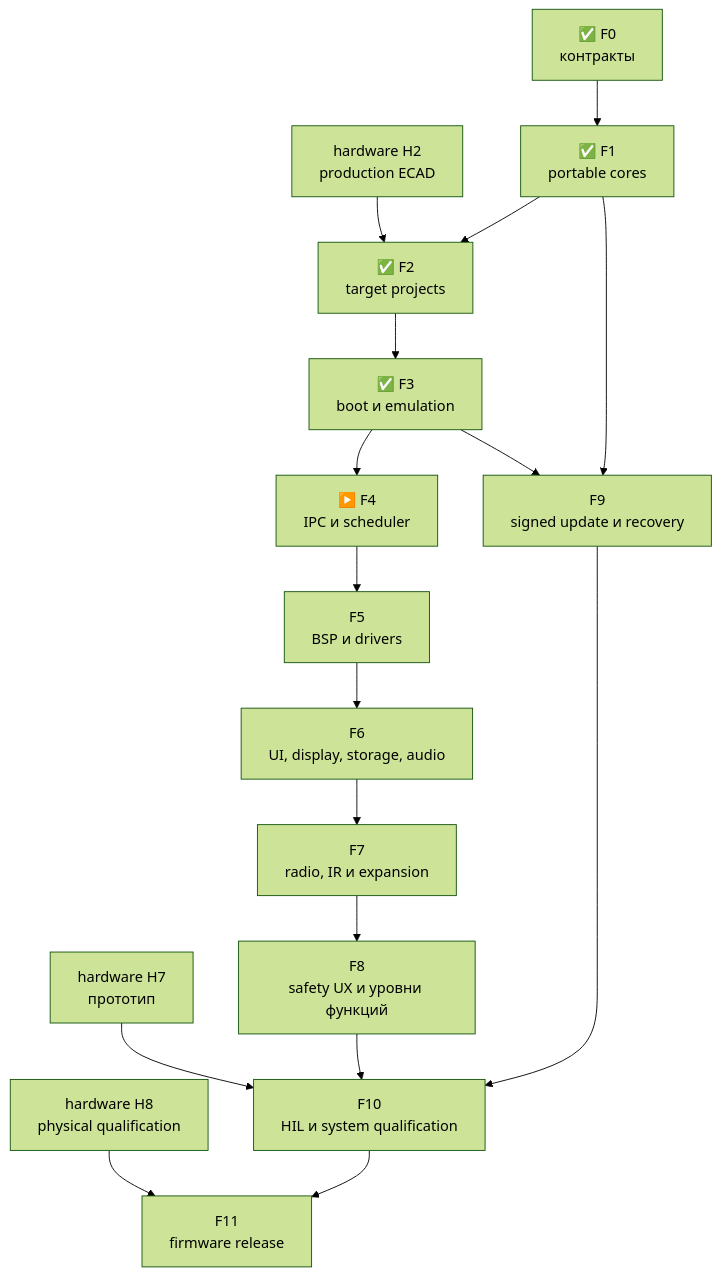
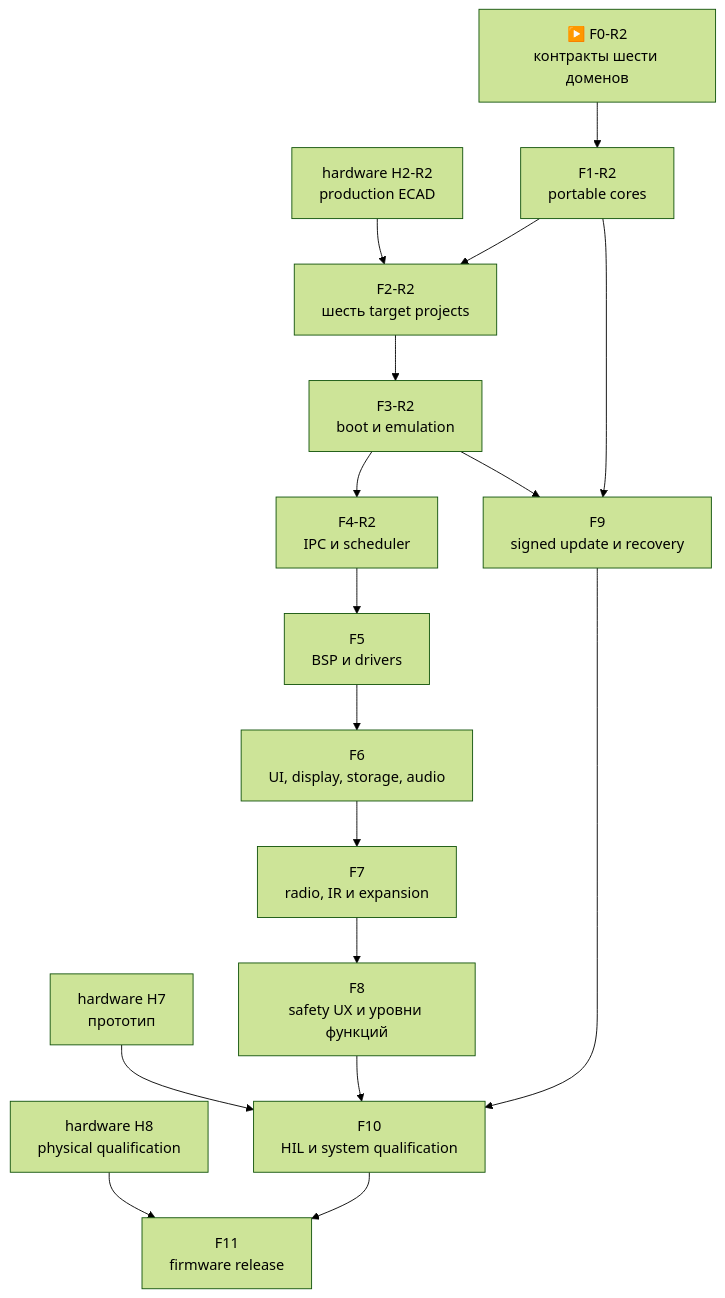
Before and after one commit to anton-vinogradov/esp32-leshy2-firmware: the diagram in docs/roadmap.ru.md, drawn with Mermaid (forest theme). The commit also changed other lines of this file and 10 other files, not shown here.

````diff
--- a/docs/roadmap.ru.md
+++ b/docs/roadmap.ru.md
@@ -162,25 +166,25 @@
 ```mermaid
 flowchart TD
-  H2["hardware H2<br/>production ECAD"]
+  H2["hardware H2-R2<br/>production ECAD"]
   H7["hardware H7<br/>прототип"]
   H8["hardware H8<br/>physical qualification"]
-  F0["✅ F0<br/>контракты"]
-  F1["✅ F1<br/>portable cores"]
-  F2["✅ F2<br/>target projects"]
-  F3["✅ F3<br/>boot и emulation"]
-  F4["▶️ F4<br/>IPC и scheduler"]
+  F0["▶️ F0-R2<br/>контракты шести доменов"]
+  F1["F1-R2<br/>portable cores"]
+  F2["F2-R2<br/>шесть target projects"]
+  F3["F3-R2<br/>boot и emulation"]
+  F4["F4-R2<br/>IPC и scheduler"]
   F5["F5<br/>BSP и drivers"]
   F6["F6<br/>UI, display, storage, audio"]
   F7["F7<br/>radio, IR и expansion"]
   F8["F8<br/>safety UX и уровни функций"]
   F9["F9<br/>signed update и recovery"]
   F10["F10<br/>HIL и system qualification"]
   F11["F11<br/>firmware release"]
 
   F0 --> F1 --> F2 --> F3 --> F4 --> F5 --> F6 --> F7 --> F8 --> F10 --> F11
   F1 --> F9
   F3 --> F9 --> F10
   H2 --> F2
   H7 --> F10
   H8 --> F11
 ```
````
